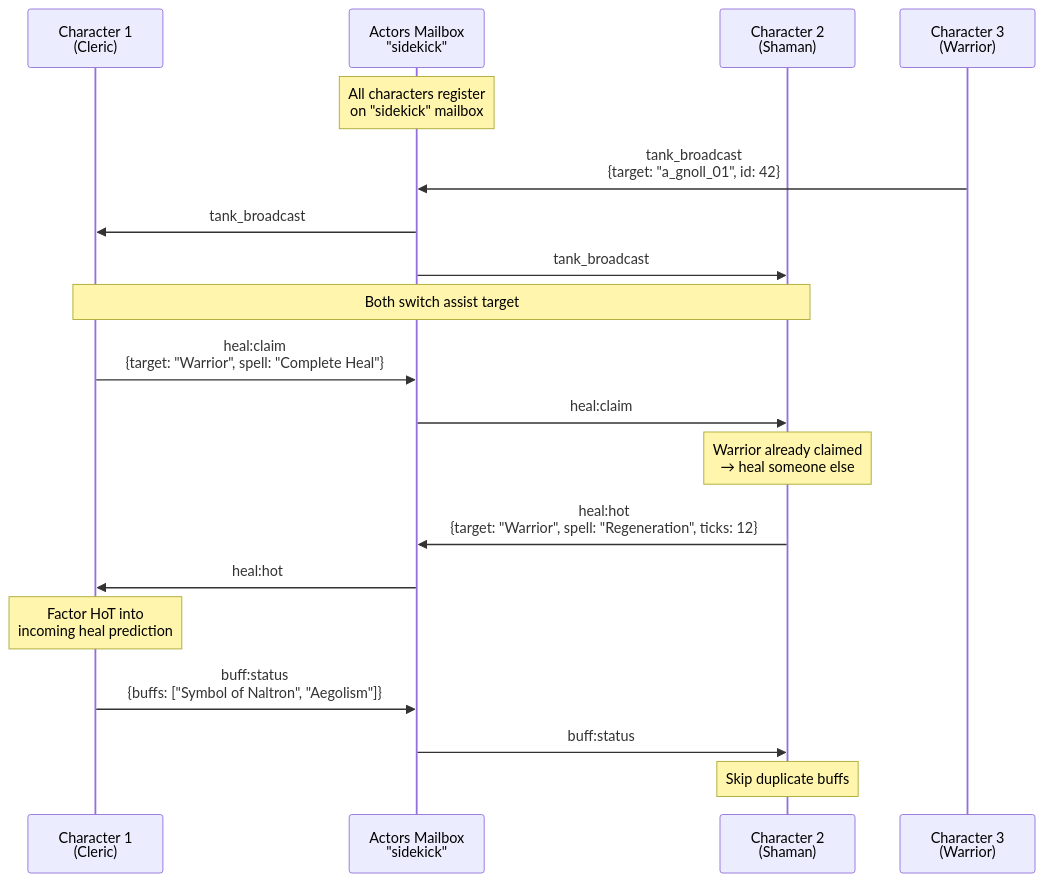
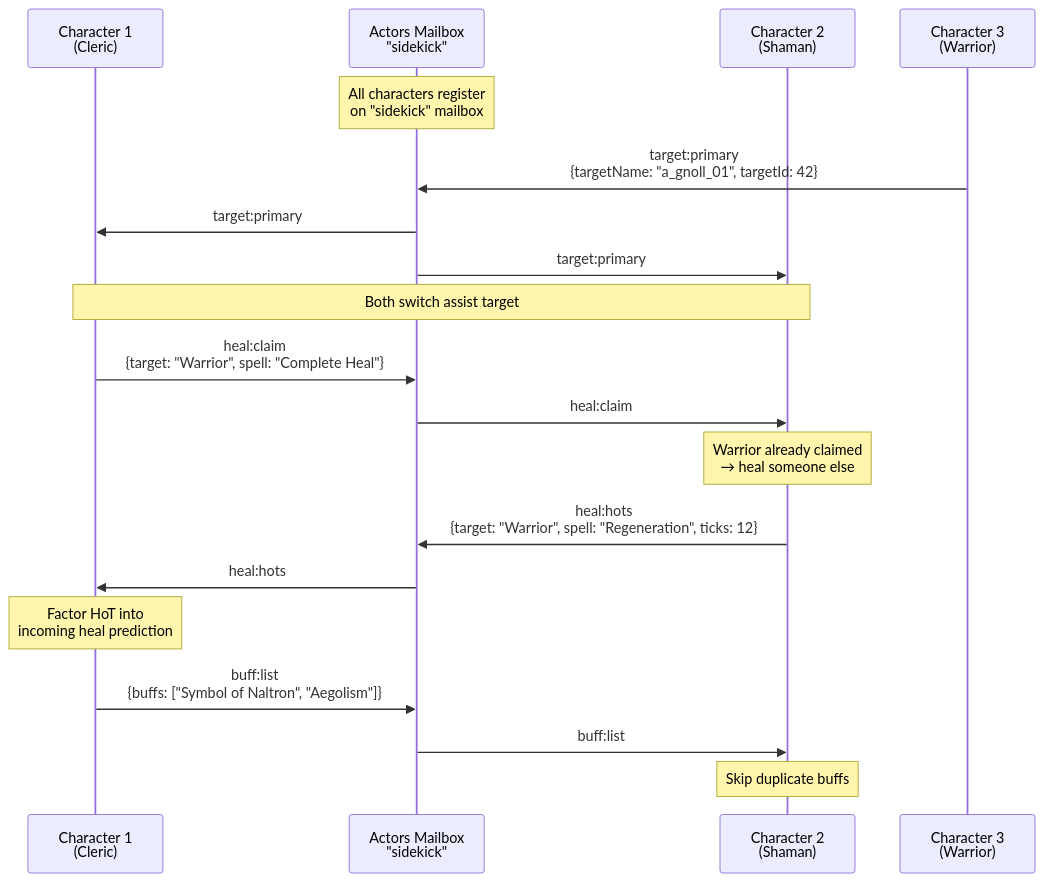
One commit to daly101010/sidekick-next changed the sixth of 9 diagrams in docs/USER_GUIDE.md. Above: the diagram before and after it, drawn with Mermaid. The commit also changed other lines of this file and 84 other files, not shown here.

````diff
--- a/docs/USER_GUIDE.md
+++ b/docs/USER_GUIDE.md
@@ -685,26 +780,26 @@
 ```mermaid
 sequenceDiagram
     participant C1 as Character 1<br/>(Cleric)
     participant MB as Actors Mailbox<br/>"sidekick"
     participant C2 as Character 2<br/>(Shaman)
     participant C3 as Character 3<br/>(Warrior)
 
     Note over MB: All characters register<br/>on "sidekick" mailbox
 
-    C3->>MB: tank_broadcast<br/>{target: "a_gnoll_01", id: 42}
-    MB->>C1: tank_broadcast
-    MB->>C2: tank_broadcast
+    C3->>MB: target:primary<br/>{targetName: "a_gnoll_01", targetId: 42}
+    MB->>C1: target:primary
+    MB->>C2: target:primary
     Note over C1,C2: Both switch assist target
 
     C1->>MB: heal:claim<br/>{target: "Warrior", spell: "Complete Heal"}
     MB->>C2: heal:claim
     Note over C2: Warrior already claimed<br/>→ heal someone else
 
-    C2->>MB: heal:hot<br/>{target: "Warrior", spell: "Regeneration", ticks: 12}
-    MB->>C1: heal:hot
+    C2->>MB: heal:hots<br/>{target: "Warrior", spell: "Regeneration", ticks: 12}
+    MB->>C1: heal:hots
     Note over C1: Factor HoT into<br/>incoming heal prediction
 
-    C1->>MB: buff:status<br/>{buffs: ["Symbol of Naltron", "Aegolism"]}
-    MB->>C2: buff:status
+    C1->>MB: buff:list<br/>{buffs: ["Symbol of Naltron", "Aegolism"]}
+    MB->>C2: buff:list
     Note over C2: Skip duplicate buffs
 ```
````
